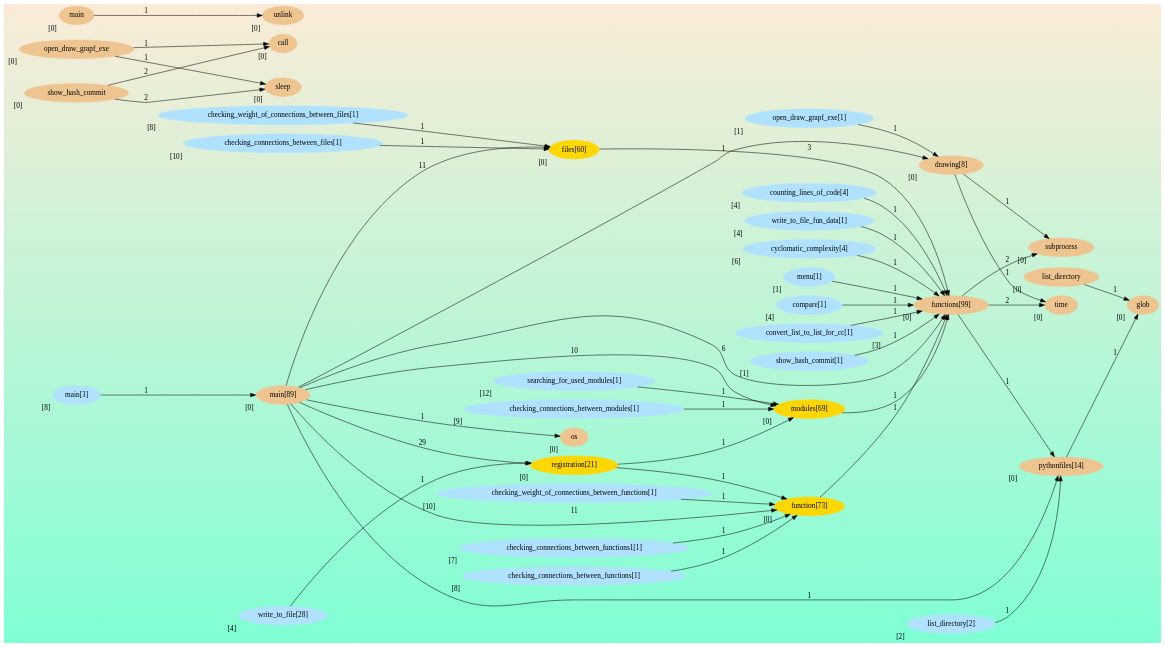
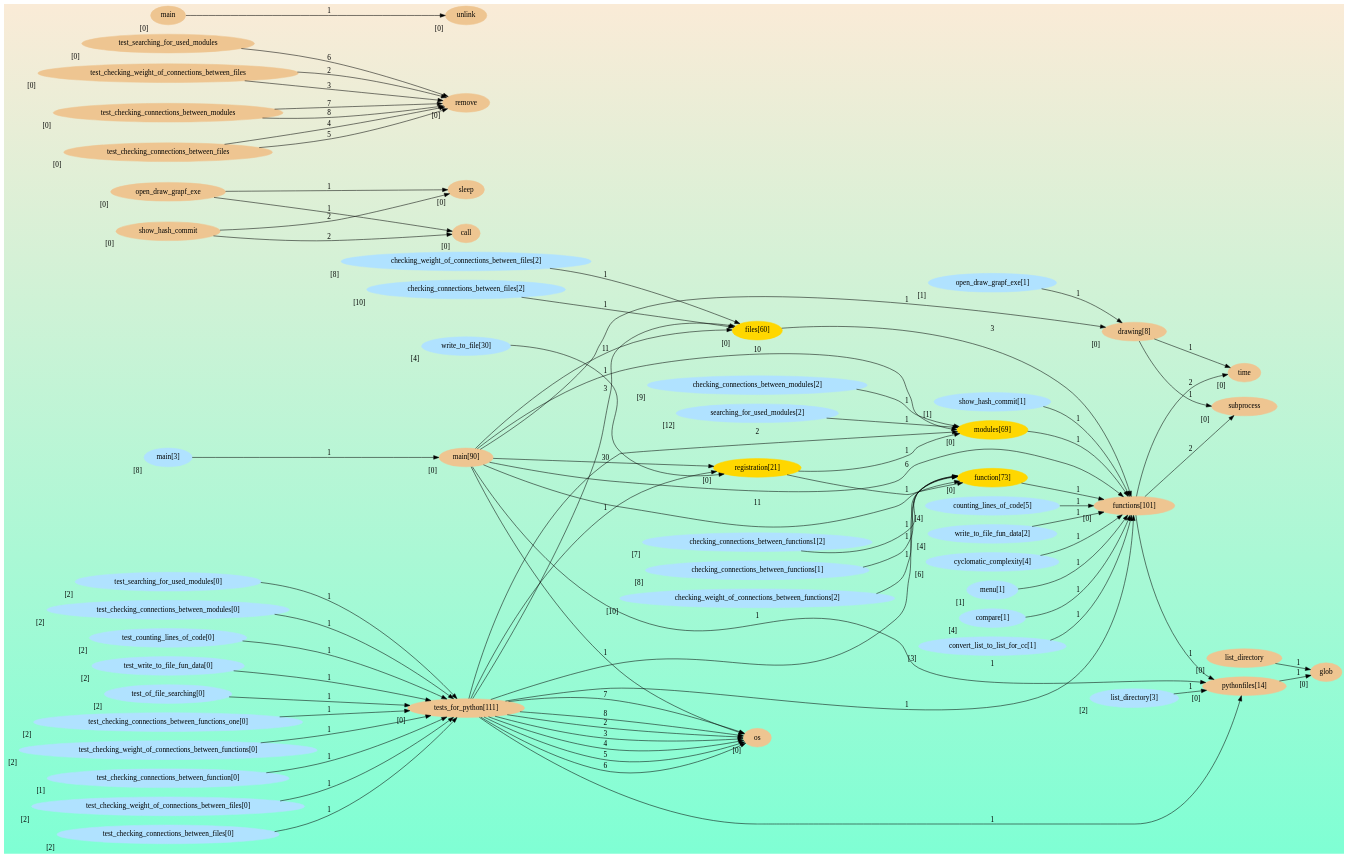
One commit to zarczynsky/IO-ProjectJozin changed the diagram in temp.dot. Above: the diagram before and after it, drawn with Graphviz. The commit also changed 3 other files, not shown here.

```diff
--- a/temp.dot
+++ b/temp.dot
@@ -1,136 +1,226 @@
 digraph G {graph [rankdir = "LR" bgcolor = "antiquewhite:aquamarine" style = "filled" gradientangle = 270]; "open_draw_grapf_exe[1]" [style =filled, color=lightskyblue1 xlabel=" [1]"]; 
-"checking_weight_of_connections_between_files[1]" [style =filled, color=lightskyblue1 xlabel=" [8]"]; 
-"checking_connections_between_files[1]" [style =filled, color=lightskyblue1 xlabel="[10]"]; 
-"checking_connections_between_functions1[1]" [style =filled, color=lightskyblue1 xlabel=" [7]"]; 
+"checking_weight_of_connections_between_files[2]" [style =filled, color=lightskyblue1 xlabel=" [8]"]; 
+"checking_connections_between_files[2]" [style =filled, color=lightskyblue1 xlabel="[10]"]; 
+"checking_connections_between_functions1[2]" [style =filled, color=lightskyblue1 xlabel=" [7]"]; 
 "checking_connections_between_functions[1]" [style =filled, color=lightskyblue1 xlabel=" [8]"]; 
-"checking_weight_of_connections_between_functions[1]" [style =filled, color=lightskyblue1 xlabel="[10]"]; 
-"counting_lines_of_code[4]" [style =filled, color=lightskyblue1 xlabel=" [4]"]; 
-"write_to_file_fun_data[1]" [style =filled, color=lightskyblue1 xlabel=" [4]"]; 
+"checking_weight_of_connections_between_functions[2]" [style =filled, color=lightskyblue1 xlabel="[10]"]; 
+"counting_lines_of_code[5]" [style =filled, color=lightskyblue1 xlabel=" [4]"]; 
+"write_to_file_fun_data[2]" [style =filled, color=lightskyblue1 xlabel=" [4]"]; 
 "cyclomatic_complexity[4]" [style =filled, color=lightskyblue1 xlabel=" [6]"]; 
 "menu[1]" [style =filled, color=lightskyblue1 xlabel=" [1]"]; 
 "compare[1]" [style =filled, color=lightskyblue1 xlabel=" [4]"]; 
 "convert_list_to_list_for_cc[1]" [style =filled, color=lightskyblue1 xlabel=" [3]"]; 
 "show_hash_commit[1]" [style =filled, color=lightskyblue1 xlabel=" [1]"]; 
 "main[3]" [style =filled, color=lightskyblue1 xlabel=" [8]"]; 
-"main[89]" [style =filled, color=lightskyblue1 xlabel=" [8]"]; 
-"searching_for_used_modules[1]" [style =filled, color=lightskyblue1 xlabel="[12]"]; 
-"checking_connections_between_modules[1]" [style =filled, color=lightskyblue1 xlabel=" [9]"]; 
-"list_directory[2]" [style =filled, color=lightskyblue1 xlabel=" [2]"]; 
-"write_to_file[28]" [style =filled, color=lightskyblue1 xlabel=" [4]"]; 
+"main[90]" [style =filled, color=lightskyblue1 xlabel=" [8]"]; 
+"searching_for_used_modules[2]" [style =filled, color=lightskyblue1 xlabel="[12]"]; 
+"checking_connections_between_modules[2]" [style =filled, color=lightskyblue1 xlabel=" [9]"]; 
+"list_directory[3]" [style =filled, color=lightskyblue1 xlabel=" [2]"]; 
+"write_to_file[30]" [style =filled, color=lightskyblue1 xlabel=" [4]"]; 
+"test_counting_lines_of_code[0]" [style =filled, color=lightskyblue1 xlabel=" [2]"]; 
+"test_write_to_file_fun_data[0]" [style =filled, color=lightskyblue1 xlabel=" [2]"]; 
+"test_of_file_searching[0]" [style =filled, color=lightskyblue1 xlabel=" [2]"]; 
+"test_checking_connections_between_functions_one[0]" [style =filled, color=lightskyblue1 xlabel=" [2]"]; 
+"test_checking_weight_of_connections_between_functions[0]" [style =filled, color=lightskyblue1 xlabel=" [2]"]; 
+"test_checking_connections_between_function[0]" [style =filled, color=lightskyblue1 xlabel=" [1]"]; 
+"test_checking_weight_of_connections_between_files[0]" [style =filled, color=lightskyblue1 xlabel=" [2]"]; 
+"test_checking_connections_between_files[0]" [style =filled, color=lightskyblue1 xlabel=" [2]"]; 
+"test_searching_for_used_modules[0]" [style =filled, color=lightskyblue1 xlabel=" [2]"]; 
+"test_checking_connections_between_modules[0]" [style =filled, color=lightskyblue1 xlabel=" [2]"]; 
+"os" [style =filled, color=lightskyblue1 xlabel=" [0]"]; 
+"glob" [style =filled, color=lightskyblue1 xlabel=" [0]"]; 
 "open_draw_grapf_exe" [style =filled, color=lightskyblue1 xlabel=" [0]"]; 
-"main[89]" [style =filled, color=lightskyblue1 xlabel=" [0]"]; 
-"glob" [style =filled, color=lightskyblue1 xlabel=" [0]"]; 
+"list_directory" [style =filled, color=lightskyblue1 xlabel=" [0]"]; 
+"function[73]" [style =filled, color=lightskyblue1 xlabel=" [0]"]; 
+"subprocess" [style =filled, color=lightskyblue1 xlabel=" [0]"]; 
 "files[60]" [style =filled, color=lightskyblue1 xlabel=" [0]"]; 
-"list_directory" [style =filled, color=lightskyblue1 xlabel=" [0]"]; 
+"test_searching_for_used_modules" [style =filled, color=lightskyblue1 xlabel=" [0]"]; 
+"test_checking_weight_of_connections_between_files" [style =filled, color=lightskyblue1 xlabel=" [0]"]; 
+"functions[101]" [style =filled, color=lightskyblue1 xlabel=" [0]"]; 
+"remove" [style =filled, color=lightskyblue1 xlabel=" [0]"]; 
+"test_checking_connections_between_modules" [style =filled, color=lightskyblue1 xlabel=" [0]"]; 
 "unlink" [style =filled, color=lightskyblue1 xlabel=" [0]"]; 
-"function[73]" [style =filled, color=lightskyblue1 xlabel=" [0]"]; 
+"sleep" [style =filled, color=lightskyblue1 xlabel=" [0]"]; 
+"main[90]" [style =filled, color=lightskyblue1 xlabel=" [0]"]; 
+"main" [style =filled, color=lightskyblue1 xlabel=" [0]"]; 
+"test_checking_connections_between_files" [style =filled, color=lightskyblue1 xlabel=" [0]"]; 
+"call" [style =filled, color=lightskyblue1 xlabel=" [0]"]; 
+"time" [style =filled, color=lightskyblue1 xlabel=" [0]"]; 
+"tests_for_python[111]" [style =filled, color=lightskyblue1 xlabel=" [0]"]; 
 "modules[69]" [style =filled, color=lightskyblue1 xlabel=" [0]"]; 
-"os" [style =filled, color=lightskyblue1 xlabel=" [0]"]; 
+"drawing[8]" [style =filled, color=lightskyblue1 xlabel=" [0]"]; 
+"show_hash_commit" [style =filled, color=lightskyblue1 xlabel=" [0]"]; 
 "registration[21]" [style =filled, color=lightskyblue1 xlabel=" [0]"]; 
-"time" [style =filled, color=lightskyblue1 xlabel=" [0]"]; 
-"show_hash_commit" [style =filled, color=lightskyblue1 xlabel=" [0]"]; 
-"call" [style =filled, color=lightskyblue1 xlabel=" [0]"]; 
-"functions[99]" [style =filled, color=lightskyblue1 xlabel=" [0]"]; 
 "pythonfiles[14]" [style =filled, color=lightskyblue1 xlabel=" [0]"]; 
-"main" [style =filled, color=lightskyblue1 xlabel=" [0]"]; 
-"sleep" [style =filled, color=lightskyblue1 xlabel=" [0]"]; 
-"drawing[8]" [style =filled, color=lightskyblue1 xlabel=" [0]"]; 
-"subprocess" [style =filled, color=lightskyblue1 xlabel=" [0]"]; 
 "open_draw_grapf_exe[1]"->"drawing[8]"[label = 1];
-"checking_weight_of_connections_between_files[1]"->"files[60]"[label = 1];
-"checking_connections_between_files[1]"->"files[60]"[label = 1];
-"checking_connections_between_functions1[1]"->"function[73]"[label = 1];
+"checking_weight_of_connections_between_files[2]"->"files[60]"[label = 1];
+"checking_connections_between_files[2]"->"files[60]"[label = 1];
+"checking_connections_between_functions1[2]"->"function[73]"[label = 1];
 "checking_connections_between_functions[1]"->"function[73]"[label = 1];
-"checking_weight_of_connections_between_functions[1]"->"function[73]"[label = 1];
-"counting_lines_of_code[4]"->"functions[99]"[label = 1];
-"write_to_file_fun_data[1]"->"functions[99]"[label = 1];
-"cyclomatic_complexity[4]"->"functions[99]"[label = 1];
-"menu[1]"->"functions[99]"[label = 1];
-"compare[1]"->"functions[99]"[label = 1];
-"convert_list_to_list_for_cc[1]"->"functions[99]"[label = 1];
-"show_hash_commit[1]"->"functions[99]"[label = 1];
-"main[3]"->"main[89]"[label = 1];
-"searching_for_used_modules[1]"->"modules[69]"[label = 1];
-"checking_connections_between_modules[1]"->"modules[69]"[label = 1];
-"list_directory[2]"->"pythonfiles[14]"[label = 1];
-"write_to_file[28]"->"registration[21]"[label = 1];
+"checking_weight_of_connections_between_functions[2]"->"function[73]"[label = 1];
+"counting_lines_of_code[5]"->"functions[101]"[label = 1];
+"write_to_file_fun_data[2]"->"functions[101]"[label = 1];
+"cyclomatic_complexity[4]"->"functions[101]"[label = 1];
+"menu[1]"->"functions[101]"[label = 1];
+"compare[1]"->"functions[101]"[label = 1];
+"convert_list_to_list_for_cc[1]"->"functions[101]"[label = 1];
+"show_hash_commit[1]"->"functions[101]"[label = 1];
+"main[3]"->"main[90]"[label = 1];
+"searching_for_used_modules[2]"->"modules[69]"[label = 1];
+"checking_connections_between_modules[2]"->"modules[69]"[label = 1];
+"list_directory[3]"->"pythonfiles[14]"[label = 1];
+"write_to_file[30]"->"registration[21]"[label = 1];
+"test_counting_lines_of_code[0]"->"tests_for_python[111]"[label = 1];
+"test_write_to_file_fun_data[0]"->"tests_for_python[111]"[label = 1];
+"test_of_file_searching[0]"->"tests_for_python[111]"[label = 1];
+"test_checking_connections_between_functions_one[0]"->"tests_for_python[111]"[label = 1];
+"test_checking_weight_of_connections_between_functions[0]"->"tests_for_python[111]"[label = 1];
+"test_checking_connections_between_function[0]"->"tests_for_python[111]"[label = 1];
+"test_checking_weight_of_connections_between_files[0]"->"tests_for_python[111]"[label = 1];
+"test_checking_connections_between_files[0]"->"tests_for_python[111]"[label = 1];
+"test_searching_for_used_modules[0]"->"tests_for_python[111]"[label = 1];
+"test_checking_connections_between_modules[0]"->"tests_for_python[111]"[label = 1];
 "files[60]" [style =filled, color=gold1]; 
-"functions[99]" [style =filled, color=gold1]; 
+"functions[101]" [style =filled, color=gold1]; 
 "function[73]" [style =filled, color=gold1]; 
-"functions[99]" [style =filled, color=gold1]; 
-"functions[99]" [style =filled, color=gold1]; 
+"functions[101]" [style =filled, color=gold1]; 
+"functions[101]" [style =filled, color=gold1]; 
 "pythonfiles[14]" [style =filled, color=gold1]; 
-"main[89]" [style =filled, color=gold1]; 
+"main[90]" [style =filled, color=gold1]; 
 "drawing[8]" [style =filled, color=gold1]; 
-"main[89]" [style =filled, color=gold1]; 
+"main[90]" [style =filled, color=gold1]; 
 "files[60]" [style =filled, color=gold1]; 
-"main[89]" [style =filled, color=gold1]; 
+"main[90]" [style =filled, color=gold1]; 
 "function[73]" [style =filled, color=gold1]; 
-"main[89]" [style =filled, color=gold1]; 
-"functions[99]" [style =filled, color=gold1]; 
-"main[89]" [style =filled, color=gold1]; 
+"main[90]" [style =filled, color=gold1]; 
+"functions[101]" [style =filled, color=gold1]; 
+"main[90]" [style =filled, color=gold1]; 
 "modules[69]" [style =filled, color=gold1]; 
-"main[89]" [style =filled, color=gold1]; 
+"main[90]" [style =filled, color=gold1]; 
 "pythonfiles[14]" [style =filled, color=gold1]; 
-"main[89]" [style =filled, color=gold1]; 
+"main[90]" [style =filled, color=gold1]; 
 "registration[21]" [style =filled, color=gold1]; 
 "modules[69]" [style =filled, color=gold1]; 
-"functions[99]" [style =filled, color=gold1]; 
+"functions[101]" [style =filled, color=gold1]; 
 "registration[21]" [style =filled, color=gold1]; 
 "files[60]" [style =filled, color=gold1]; 
 "registration[21]" [style =filled, color=gold1]; 
 "function[73]" [style =filled, color=gold1]; 
 "registration[21]" [style =filled, color=gold1]; 
 "modules[69]" [style =filled, color=gold1]; 
-"files[60]"->"functions[99]"[label = 3];
-"function[73]"->"functions[99]"[label = 1];
-"functions[99]"->"pythonfiles[14]"[label = 1];
-"main[89]"->"drawing[8]"[label = 1];
-"main[89]"->"files[60]"[label = 11];
-"main[89]"->"function[73]"[label = 11];
-"main[89]"->"functions[99]"[label = 6];
-"main[89]"->"modules[69]"[label = 10];
-"main[89]"->"pythonfiles[14]"[label = 1];
-"main[89]"->"registration[21]"[label = 29];
-"modules[69]"->"functions[99]"[label = 1];
+"tests_for_python[111]" [style =filled, color=gold1]; 
+"function[73]" [style =filled, color=gold1]; 
+"tests_for_python[111]" [style =filled, color=gold1]; 
+"registration[21]" [style =filled, color=gold1]; 
+"tests_for_python[111]" [style =filled, color=gold1]; 
+"pythonfiles[14]" [style =filled, color=gold1]; 
+"tests_for_python[111]" [style =filled, color=gold1]; 
+"functions[101]" [style =filled, color=gold1]; 
+"tests_for_python[111]" [style =filled, color=gold1]; 
+"files[60]" [style =filled, color=gold1]; 
+"tests_for_python[111]" [style =filled, color=gold1]; 
+"modules[69]" [style =filled, color=gold1]; 
+"tests_for_python[111]" [style =filled, color=gold1]; 
+"main[90]" [style =filled, color=gold1]; 
+"files[60]"->"functions[101]"[label = 3];
+"function[73]"->"functions[101]"[label = 1];
+"functions[101]"->"pythonfiles[14]"[label = 1];
+"main[90]"->"drawing[8]"[label = 1];
+"main[90]"->"files[60]"[label = 11];
+"main[90]"->"function[73]"[label = 11];
+"main[90]"->"functions[101]"[label = 6];
+"main[90]"->"modules[69]"[label = 10];
+"main[90]"->"pythonfiles[14]"[label = 1];
+"main[90]"->"registration[21]"[label = 30];
+"modules[69]"->"functions[101]"[label = 1];
 "registration[21]";
 "files[60]";
 "registration[21]"->"function[73]"[label = 1];
 "registration[21]"->"modules[69]"[label = 1];
+"tests_for_python[111]"->"function[73]"[label = 1];
+"tests_for_python[111]"->"registration[21]"[label = 1];
+"tests_for_python[111]"->"pythonfiles[14]"[label = 1];
+"tests_for_python[111]"->"functions[101]"[label = 1];
+"tests_for_python[111]"->"files[60]"[label = 3];
+"tests_for_python[111]"->"modules[69]"[label = 2];
+"tests_for_python[111]";
+"main[90]";
+"main[90]" [style =filled, color=burlywood2]; 
+"os" [style =filled, color=burlywood2]; 
+"main" [style =filled, color=burlywood2]; 
+"unlink" [style =filled, color=burlywood2]; 
+"tests_for_python[111]" [style =filled, color=burlywood2]; 
+"os" [style =filled, color=burlywood2]; 
+"test_checking_weight_of_connections_between_files" [style =filled, color=burlywood2]; 
+"remove" [style =filled, color=burlywood2]; 
+"tests_for_python[111]" [style =filled, color=burlywood2]; 
+"os" [style =filled, color=burlywood2]; 
+"test_checking_weight_of_connections_between_files" [style =filled, color=burlywood2]; 
+"remove" [style =filled, color=burlywood2]; 
+"tests_for_python[111]" [style =filled, color=burlywood2]; 
+"os" [style =filled, color=burlywood2]; 
+"test_checking_connections_between_files" [style =filled, color=burlywood2]; 
+"remove" [style =filled, color=burlywood2]; 
+"tests_for_python[111]" [style =filled, color=burlywood2]; 
+"os" [style =filled, color=burlywood2]; 
+"test_checking_connections_between_files" [style =filled, color=burlywood2]; 
+"remove" [style =filled, color=burlywood2]; 
+"tests_for_python[111]" [style =filled, color=burlywood2]; 
+"os" [style =filled, color=burlywood2]; 
+"test_searching_for_used_modules" [style =filled, color=burlywood2]; 
+"remove" [style =filled, color=burlywood2]; 
+"tests_for_python[111]" [style =filled, color=burlywood2]; 
+"os" [style =filled, color=burlywood2]; 
+"test_checking_connections_between_modules" [style =filled, color=burlywood2]; 
+"remove" [style =filled, color=burlywood2]; 
+"tests_for_python[111]" [style =filled, color=burlywood2]; 
+"os" [style =filled, color=burlywood2]; 
+"test_checking_connections_between_modules" [style =filled, color=burlywood2]; 
+"remove" [style =filled, color=burlywood2]; 
+"pythonfiles[14]" [style =filled, color=burlywood2]; 
+"glob" [style =filled, color=burlywood2]; 
+"list_directory" [style =filled, color=burlywood2]; 
+"glob" [style =filled, color=burlywood2]; 
+"drawing[8]" [style =filled, color=burlywood2]; 
+"time" [style =filled, color=burlywood2]; 
+"open_draw_grapf_exe" [style =filled, color=burlywood2]; 
+"sleep" [style =filled, color=burlywood2]; 
+"functions[101]" [style =filled, color=burlywood2]; 
+"time" [style =filled, color=burlywood2]; 
+"show_hash_commit" [style =filled, color=burlywood2]; 
+"sleep" [style =filled, color=burlywood2]; 
 "drawing[8]" [style =filled, color=burlywood2]; 
 "subprocess" [style =filled, color=burlywood2]; 
 "open_draw_grapf_exe" [style =filled, color=burlywood2]; 
 "call" [style =filled, color=burlywood2]; 
-"functions[99]" [style =filled, color=burlywood2]; 
+"functions[101]" [style =filled, color=burlywood2]; 
 "subprocess" [style =filled, color=burlywood2]; 
 "show_hash_commit" [style =filled, color=burlywood2]; 
 "call" [style =filled, color=burlywood2]; 
-"pythonfiles[14]" [style =filled, color=burlywood2]; 
-"glob" [style =filled, color=burlywood2]; 
-"list_directory" [style =filled, color=burlywood2]; 
-"glob" [style =filled, color=burlywood2]; 
-"main[89]" [style =filled, color=burlywood2]; 
-"os" [style =filled, color=burlywood2]; 
-"main" [style =filled, color=burlywood2]; 
-"unlink" [style =filled, color=burlywood2]; 
-"drawing[8]" [style =filled, color=burlywood2]; 
-"time" [style =filled, color=burlywood2]; 
-"open_draw_grapf_exe" [style =filled, color=burlywood2]; 
-"sleep" [style =filled, color=burlywood2]; 
-"functions[99]" [style =filled, color=burlywood2]; 
-"time" [style =filled, color=burlywood2]; 
-"show_hash_commit" [style =filled, color=burlywood2]; 
-"sleep" [style =filled, color=burlywood2]; 
+"main[90]"->"os"[label = 1];
+"main"->"unlink"[label = 1];
+"tests_for_python[111]"->"os"[label = 2];
+"test_checking_weight_of_connections_between_files"->"remove"[label = 2];
+"tests_for_python[111]"->"os"[label = 3];
+"test_checking_weight_of_connections_between_files"->"remove"[label = 3];
+"tests_for_python[111]"->"os"[label = 4];
+"test_checking_connections_between_files"->"remove"[label = 4];
+"tests_for_python[111]"->"os"[label = 5];
+"test_checking_connections_between_files"->"remove"[label = 5];
+"tests_for_python[111]"->"os"[label = 6];
+"test_searching_for_used_modules"->"remove"[label = 6];
+"tests_for_python[111]"->"os"[label = 7];
+"test_checking_connections_between_modules"->"remove"[label = 7];
+"tests_for_python[111]"->"os"[label = 8];
+"test_checking_connections_between_modules"->"remove"[label = 8];
+"pythonfiles[14]"->"glob"[label = 1];
+"list_directory"->"glob"[label = 1];
+"drawing[8]"->"time"[label = 1];
+"open_draw_grapf_exe"->"sleep"[label = 1];
+"functions[101]"->"time"[label = 2];
+"show_hash_commit"->"sleep"[label = 2];
 "drawing[8]"->"subprocess"[label = 1];
 "open_draw_grapf_exe"->"call"[label = 1];
-"functions[99]"->"subprocess"[label = 2];
+"functions[101]"->"subprocess"[label = 2];
 "show_hash_commit"->"call"[label = 2];
-"pythonfiles[14]"->"glob"[label = 1];
-"list_directory"->"glob"[label = 1];
-"main[89]"->"os"[label = 1];
-"main"->"unlink"[label = 1];
-"drawing[8]"->"time"[label = 1];
-"open_draw_grapf_exe"->"sleep"[label = 1];
-"functions[99]"->"time"[label = 2];
-"show_hash_commit"->"sleep"[label = 2];
 }
```
